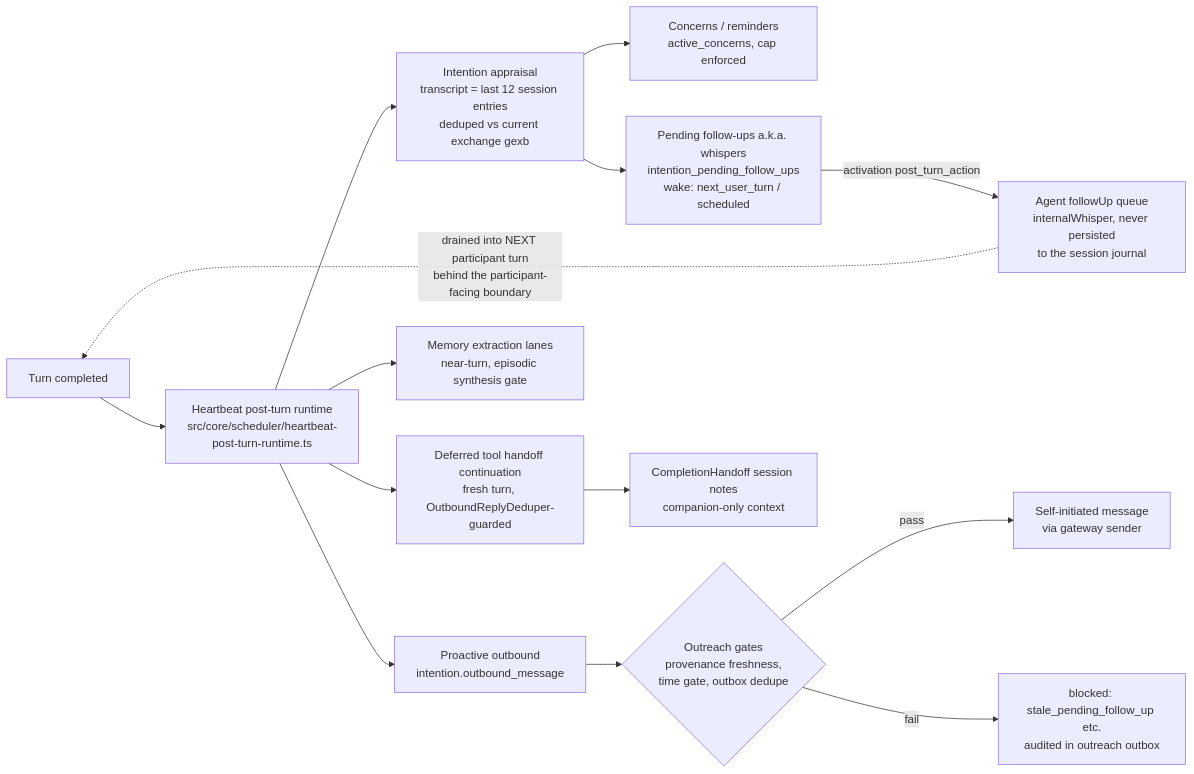
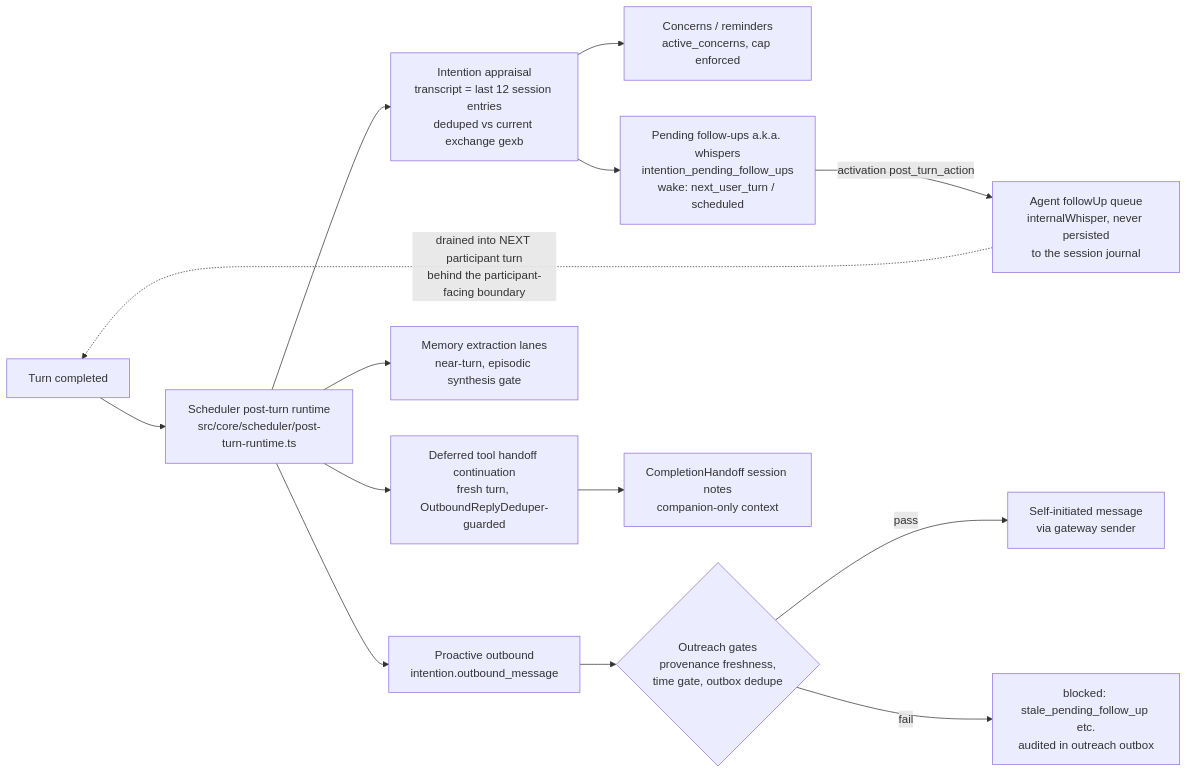
One commit to CGIC-AI/psfn-framework changed the fourth of 4 diagrams in docs/chat-turn-lifecycle.md. Above: the diagram before and after it, drawn with Mermaid. The commit also changed 2 other files, not shown here.

Commit message:
docs: replace retired tool guidance

````diff
--- a/docs/chat-turn-lifecycle.md
+++ b/docs/chat-turn-lifecycle.md
@@ -127,19 +127,19 @@
 ```mermaid
 flowchart LR
-    TURN[Turn completed] --> HPT[Heartbeat post-turn runtime<br/>src/core/scheduler/heartbeat-post-turn-runtime.ts]
+    TURN[Turn completed] --> HPT[Scheduler post-turn runtime<br/>src/core/scheduler/post-turn-runtime.ts]
 
     HPT --> APPR[Intention appraisal<br/>transcript = last 12 session entries<br/>deduped vs current exchange gexb]
     APPR --> CONC[Concerns / reminders<br/>active_concerns, cap enforced]
     APPR --> PFU[Pending follow-ups a.k.a. whispers<br/>intention_pending_follow_ups<br/>wake: next_user_turn / scheduled]
     PFU -->|activation post_turn_action| FQ[Agent followUp queue<br/>internalWhisper, never persisted<br/>to the session journal]
     FQ -.->|drained into NEXT participant turn<br/>behind the participant-facing boundary| TURN
 
     HPT --> OUT[Proactive outbound<br/>intention.outbound_message]
     OUT --> GATES{Outreach gates<br/>provenance freshness,<br/>time gate, outbox dedupe}
     GATES -->|pass| SENDOUT[Self-initiated message<br/>via gateway sender]
     GATES -->|fail| BLOCKED[blocked: stale_pending_follow_up etc.<br/>audited in outreach outbox]
 
     HPT --> MEM[Memory extraction lanes<br/>near-turn, episodic synthesis gate]
     HPT --> DTH[Deferred tool handoff continuation<br/>fresh turn, OutboundReplyDeduper-guarded]
     DTH --> CH[CompletionHandoff session notes<br/>companion-only context]
 ```
````
